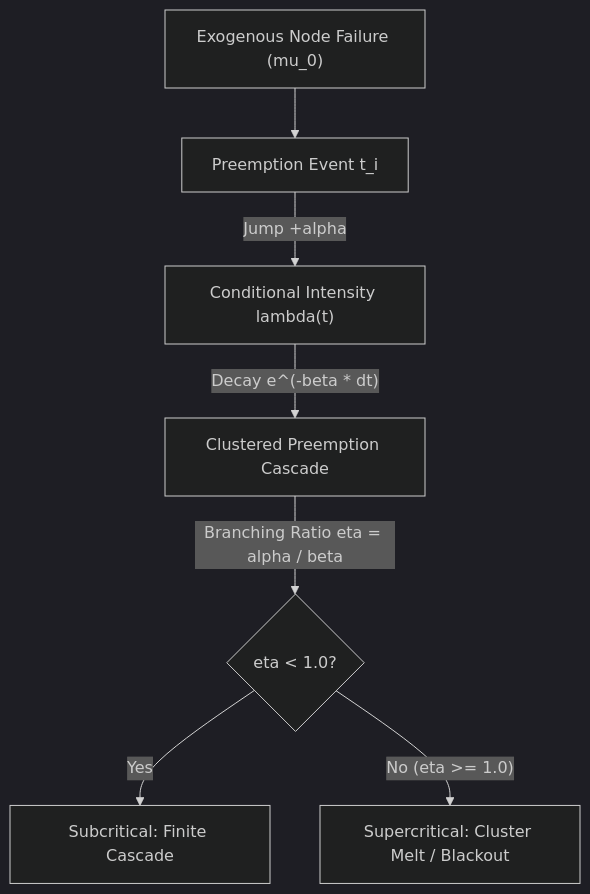
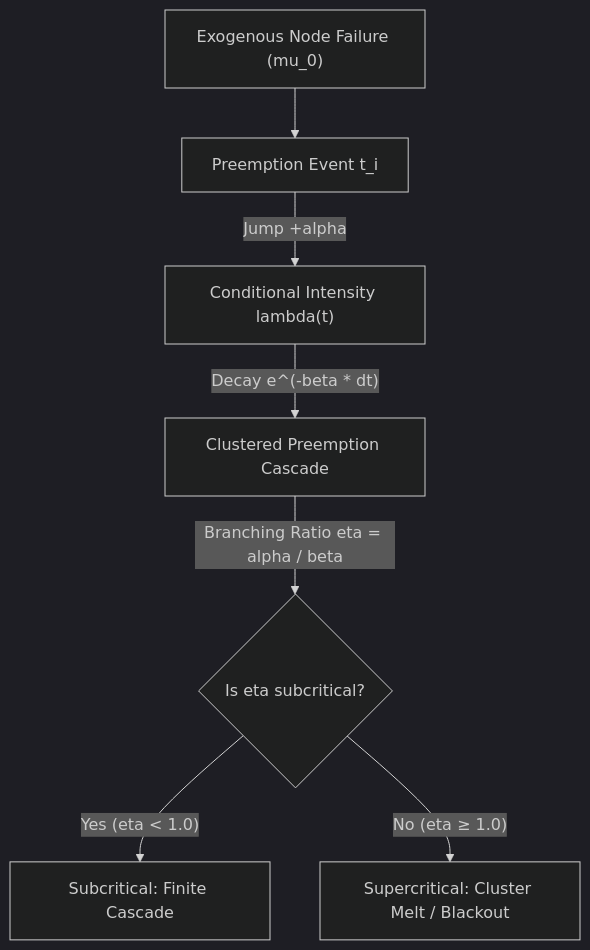
One commit to AAH20/apex-compute-energy-futures changed the second of 9 diagrams in docs/QUANT_ALPHA_SPEC.md. Above: the diagram before and after it, drawn with Mermaid (dark theme). The commit also changed other lines of this file and 19 other files, not shown here.

````diff
--- a/docs/QUANT_ALPHA_SPEC.md
+++ b/docs/QUANT_ALPHA_SPEC.md
@@ -190,9 +190,9 @@
 ```mermaid
 flowchart TD
     EXO["Exogenous Node Failure (mu_0)"] --> ARRIVAL["Preemption Event t_i"]
     ARRIVAL -->|"Jump +alpha"| INTENSITY["Conditional Intensity lambda(t)"]
     INTENSITY -->|"Decay e^(-beta * dt)"| CLUSTER["Clustered Preemption Cascade"]
-    CLUSTER -->|"Branching Ratio eta = alpha / beta"| STABILITY{"eta < 1.0?"}
-    STABILITY -->|"Yes"| SUB["Subcritical: Finite Cascade"]
-    STABILITY -->|"No (eta >= 1.0)"| EXP["Supercritical: Cluster Melt / Blackout"]
+    CLUSTER -->|"Branching Ratio eta = alpha / beta"| STABILITY{"Is eta subcritical?"}
+    STABILITY -->|"Yes (eta &lt; 1.0)"| SUB["Subcritical: Finite Cascade"]
+    STABILITY -->|"No (eta &ge; 1.0)"| EXP["Supercritical: Cluster Melt / Blackout"]
 ```
````
